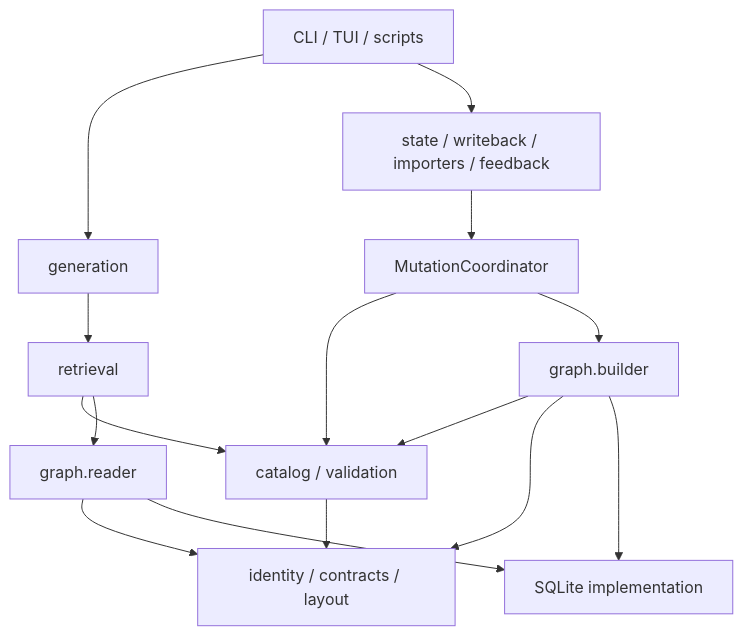
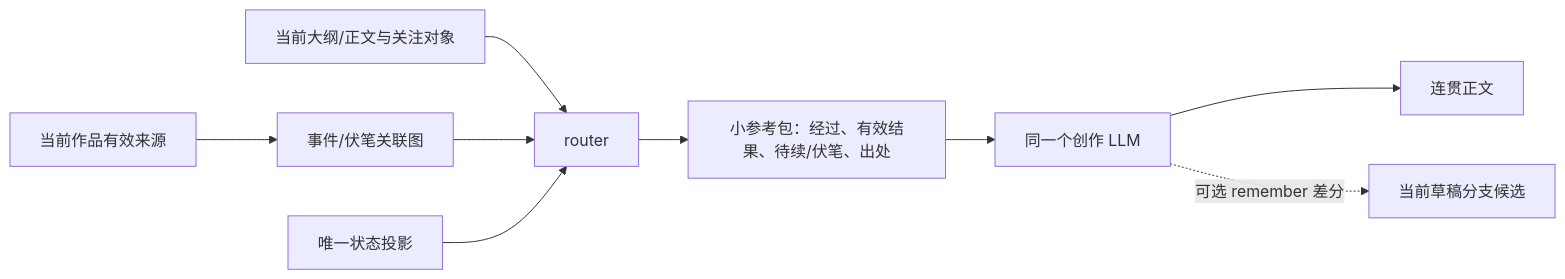
Before and after one commit to dandandandana/novel-project: the second of 3 diagrams in docs/HYBRID_GRAPHRAG_ARCHITECTURE.md, drawn with Mermaid. The commit also changed other lines of this file and 264 other files, not shown here.

````diff
--- a/docs/HYBRID_GRAPHRAG_ARCHITECTURE.md
+++ b/docs/HYBRID_GRAPHRAG_ARCHITECTURE.md
@@ -328,28 +420,11 @@
-```mermaid
-flowchart TB
-    UX["CLI / TUI / scripts"]
-    GEN["generation"]
-    WRITE["state / writeback / importers / feedback"]
-    RET["retrieval"]
-    MUT["MutationCoordinator"]
-    GBUILD["graph.builder"]
-    GREAD["graph.reader"]
-    CAT["catalog / validation"]
-    CORE["identity / contracts / layout"]
-    STORE["SQLite implementation"]
-
-    UX --> GEN
-    UX --> WRITE
-    GEN --> RET
-    WRITE --> MUT
-    MUT --> CAT
-    MUT --> GBUILD
-    RET --> CAT
-    RET --> GREAD
-    GBUILD --> CAT
-    GBUILD --> CORE
-    GBUILD --> STORE
-    GREAD --> CORE
-    GREAD --> STORE
-    CAT --> CORE
-```
+~~~mermaid
+flowchart LR
+    Focus["当前大纲/正文与关注对象"] --> Router["router"]
+    Sources["当前作品有效来源"] --> Graph["事件/伏笔关联图"]
+    Graph --> Router
+    State["唯一状态投影"] --> Router
+    Router --> Pack["小参考包：经过、有效结果、待续/伏笔、出处"]
+    Pack --> LLM["同一个创作 LLM"]
+    LLM --> Draft["连贯正文"]
+    LLM -. "可选 remember 差分" .-> Candidate["当前草稿分支候选"]
+~~~
````
